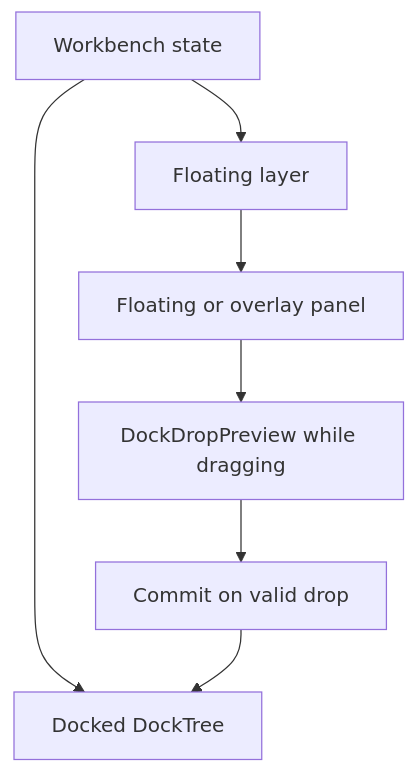
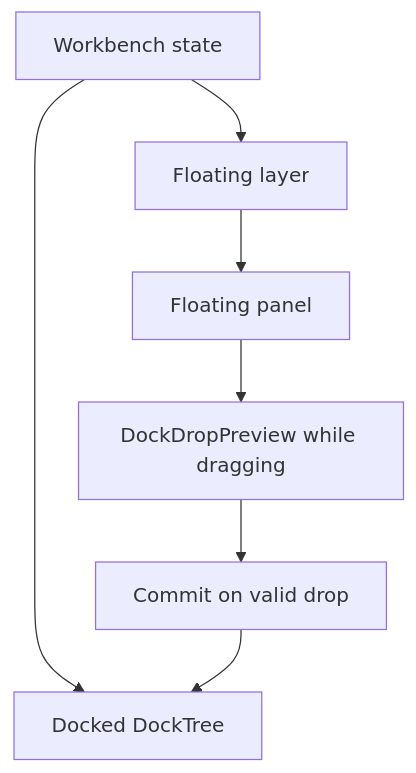
Before and after one commit to relgeo/flutter: the fifth of 5 diagrams in docs/plans/03-docking-tree-and-drop-preview.md, drawn with Mermaid. The commit also changed other lines of this file and 52 other files, not shown here.

````diff
--- a/docs/plans/03-docking-tree-and-drop-preview.md
+++ b/docs/plans/03-docking-tree-and-drop-preview.md
@@ -216,9 +232,9 @@
 ```mermaid
 flowchart TD
   workbench[Workbench state] --> docked[Docked DockTree]
   workbench --> floating[Floating layer]
-  floating --> panel[Floating or overlay panel]
+  floating --> panel[Floating panel]
   panel --> preview[DockDropPreview while dragging]
   preview --> commit[Commit on valid drop]
   commit --> docked
 ```
````
